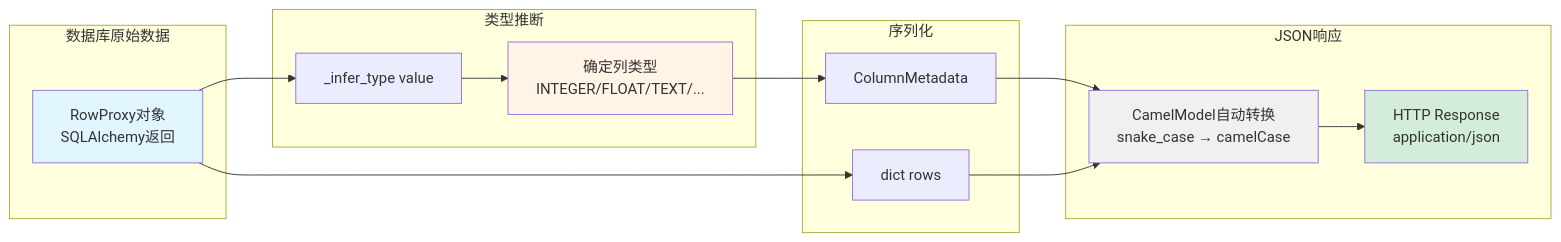
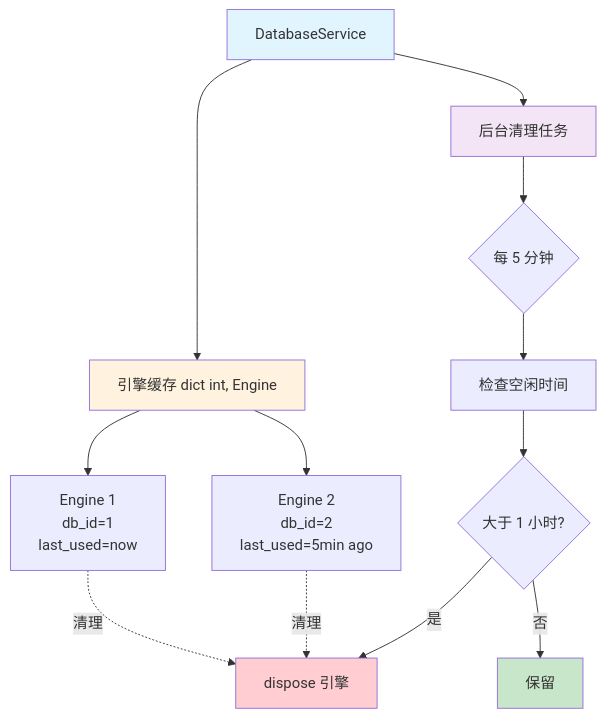
Before and after one commit to kangapp/AI: the tenth of 13 diagrams in project/db_query/README.md, drawn with Mermaid. The commit also changed other lines of this file and 1 other file, not shown here.

````diff
--- a/project/db_query/README.md
+++ b/project/db_query/README.md
@@ -1663,34 +619,26 @@
 ```mermaid
-graph LR
-    subgraph "数据库原始数据"
-        A[RowProxy对象<br/>SQLAlchemy返回]
-    end
+flowchart TD
+    DSvc["DatabaseService"]
 
-    subgraph "类型推断"
-        B[_infer_type value]
-        C[确定列类型<br/>INTEGER/FLOAT/TEXT/...]
-    end
+    DSvc --> Cache["引擎缓存 dict int, Engine"]
+    DSvc --> Cleanup["后台清理任务"]
 
-    subgraph "序列化"
-        D[ColumnMetadata]
-        E[dict rows]
-    end
+    Cache --> E1["Engine 1<br/>db_id=1<br/>last_used=now"]
+    Cache --> E2["Engine 2<br/>db_id=2<br/>last_used=5min ago"]
 
-    subgraph "JSON响应"
-        F[CamelModel自动转换<br/>snake_case → camelCase]
-        G[HTTP Response<br/>application/json]
-    end
+    Cleanup --> Timer{每 5 分钟}
+    Timer --> Check[检查空闲时间]
+    Check --> Timeout{大于 1 小时?}
 
-    A --> B
-    B --> C
-    C --> D
-    A --> E
-    D --> F
-    E --> F
-    F --> G
+    Timeout -->|是| Dispose[dispose 引擎]
+    Timeout -->|否| Keep[保留]
 
-    style A fill:#e1f5ff
-    style C fill:#fff4e6
-    style F fill:#f0f0f0
-    style G fill:#d4edda
+    E1 -.->|清理| Dispose
+    E2 -.->|清理| Dispose
+
+    style DSvc fill:#e1f5fe
+    style Cache fill:#fff3e0
+    style Cleanup fill:#f3e5f5
+    style Dispose fill:#ffcdd2
+    style Keep fill:#c8e6c9
 ```
````
